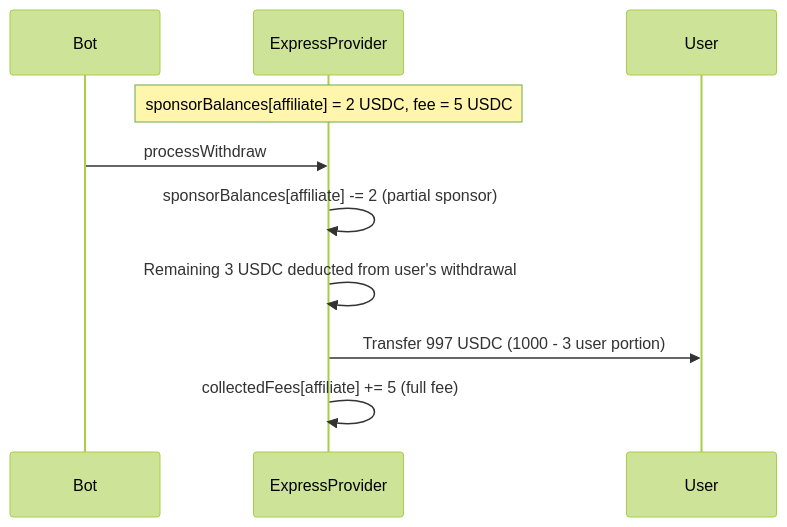
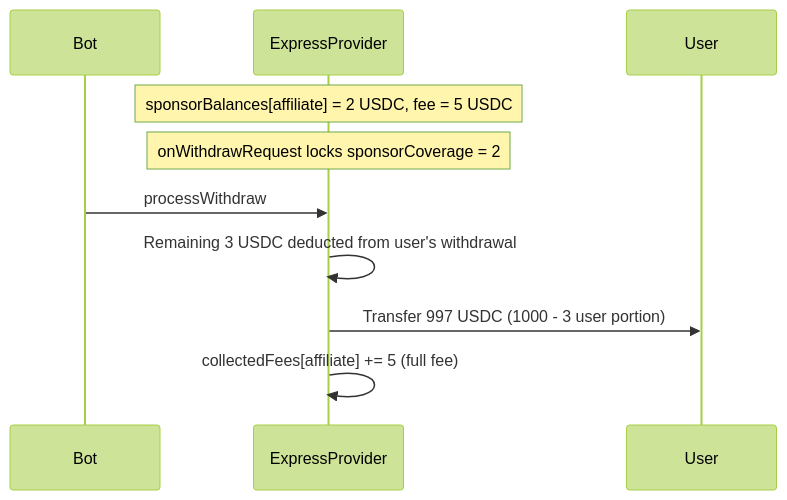
Before and after one commit to SYMM-IO/perps-core: diagram 12 of 14 in docs/v0.8.6/express-withdrawal-system-design.md, drawn with Mermaid (forest theme). The commit also changed other lines of this file and 26 other files, not shown here.

````diff
--- a/docs/v0.8.6/express-withdrawal-system-design.md
+++ b/docs/v0.8.6/express-withdrawal-system-design.md
@@ -670,14 +671,14 @@
 ```mermaid
 sequenceDiagram
     participant Bot
     participant Express as ExpressProvider
     participant User
 
     Note over Express: sponsorBalances[affiliate] = 2 USDC, fee = 5 USDC
+    Note over Express: onWithdrawRequest locks sponsorCoverage = 2
 
     Bot->>Express: processWithdraw
-    Express->>Express: sponsorBalances[affiliate] -= 2 (partial sponsor)
     Express->>Express: Remaining 3 USDC deducted from user's withdrawal
     Express->>User: Transfer 997 USDC (1000 - 3 user portion)
     Express->>Express: collectedFees[affiliate] += 5 (full fee)
 ```
````
